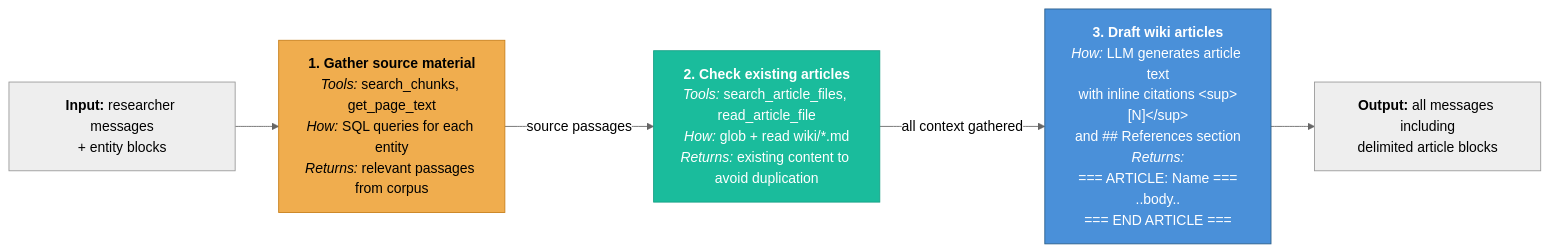
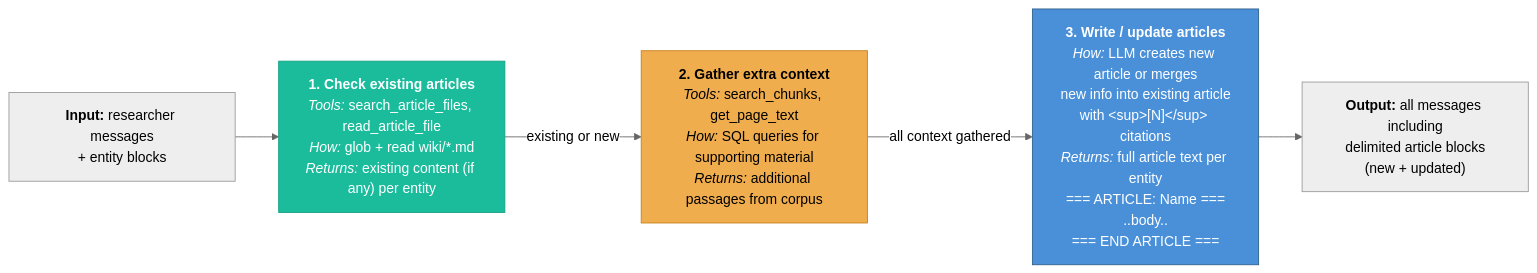
One commit to alastairrushworth/docswarm changed the third of 4 diagrams in docs/swarm-flow.md. Above: the diagram before and after it, drawn with Mermaid (neutral theme). The commit also changed other lines of this file and 3 other files, not shown here.

````diff
--- a/docs/swarm-flow.md
+++ b/docs/swarm-flow.md
@@ -111,27 +99,27 @@
 ```mermaid
 flowchart LR
     IN["<b>Input:</b> researcher messages<br/>+ entity blocks"]
 
     IN --> S1
 
-    S1["<b>1. Gather source material</b><br/><i>Tools:</i> search_chunks, get_page_text<br/><i>How:</i> SQL queries for each entity<br/><i>Returns:</i> relevant passages from corpus"]
+    S1["<b>1. Check existing articles</b><br/><i>Tools:</i> search_article_files, read_article_file<br/><i>How:</i> glob + read wiki/*.md<br/><i>Returns:</i> existing content (if any) per entity"]
 
-    S1 -->|"source passages"| S2
+    S1 -->|"existing or new"| S2
 
-    S2["<b>2. Check existing articles</b><br/><i>Tools:</i> search_article_files, read_article_file<br/><i>How:</i> glob + read wiki/*.md<br/><i>Returns:</i> existing content to avoid duplication"]
+    S2["<b>2. Gather extra context</b><br/><i>Tools:</i> search_chunks, get_page_text<br/><i>How:</i> SQL queries for supporting material<br/><i>Returns:</i> additional passages from corpus"]
 
     S2 -->|"all context gathered"| S3
 
-    S3["<b>3. Draft wiki articles</b><br/><i>How:</i> LLM generates article text<br/>with inline citations &lt;sup&gt;[N]&lt;/sup&gt;<br/>and ## References section<br/><i>Returns:</i><br/>=== ARTICLE: Name ===<br/>..body..<br/>=== END ARTICLE ==="]
+    S3["<b>3. Write / update articles</b><br/><i>How:</i> LLM creates new article or merges<br/>new info into existing article<br/>with &lt;sup&gt;[N]&lt;/sup&gt; citations<br/><i>Returns:</i> full article text per entity<br/>=== ARTICLE: Name ===<br/>..body..<br/>=== END ARTICLE ==="]
 
-    S3 --> OUT["<b>Output:</b> all messages including<br/>delimited article blocks"]
+    S3 --> OUT["<b>Output:</b> all messages including<br/>delimited article blocks<br/>(new + updated)"]
 
     %% Styling
     classDef srcDb fill:#f0ad4e,stroke:#c77f1a,color:#000
     classDef srcWiki fill:#1abc9c,stroke:#16a085,color:#fff
     classDef srcLlm fill:#4a90d9,stroke:#2c5f8a,color:#fff
 
-    class S1 srcDb
-    class S2 srcWiki
+    class S1 srcWiki
+    class S2 srcDb
     class S3 srcLlm
 ```
````
